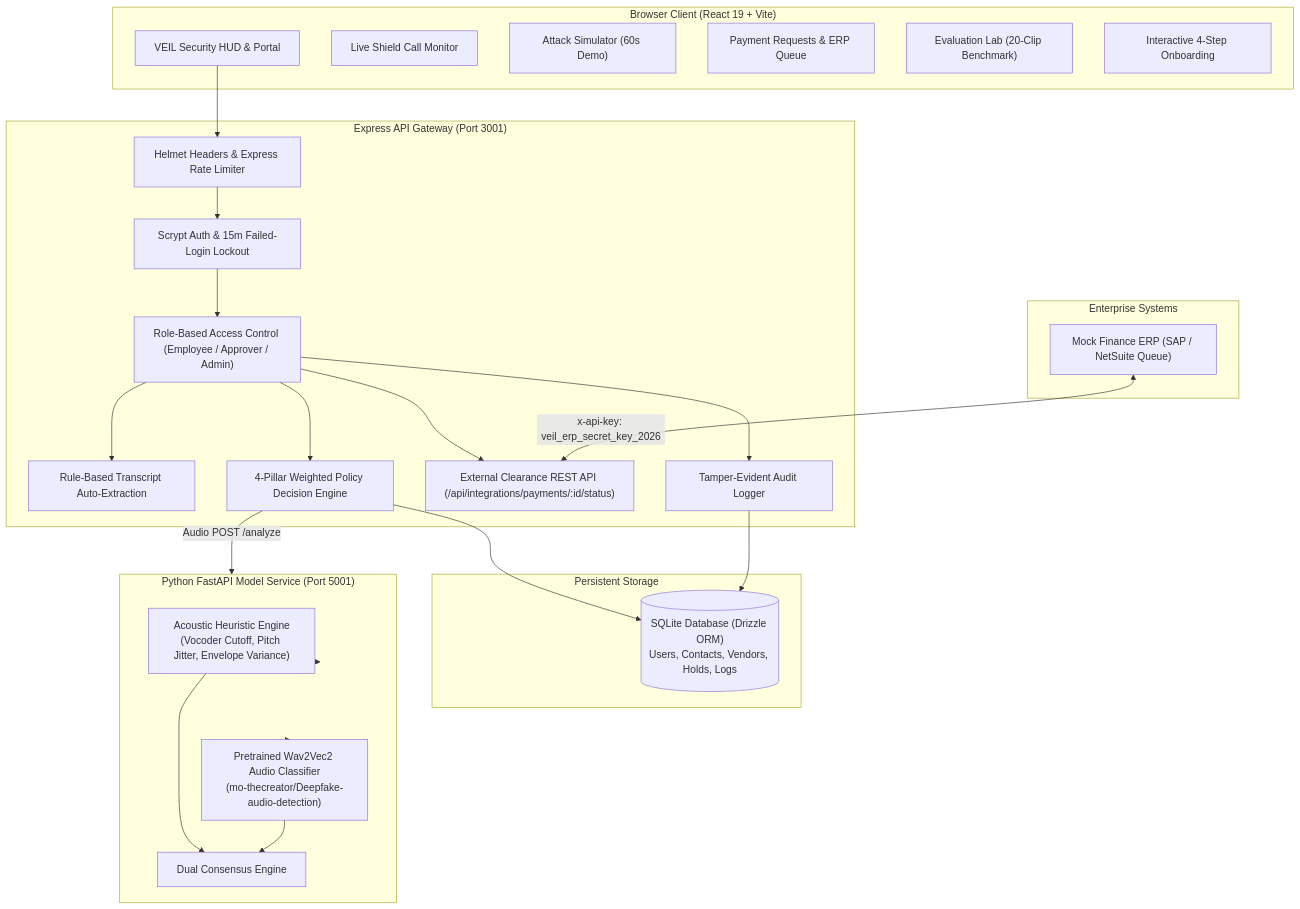
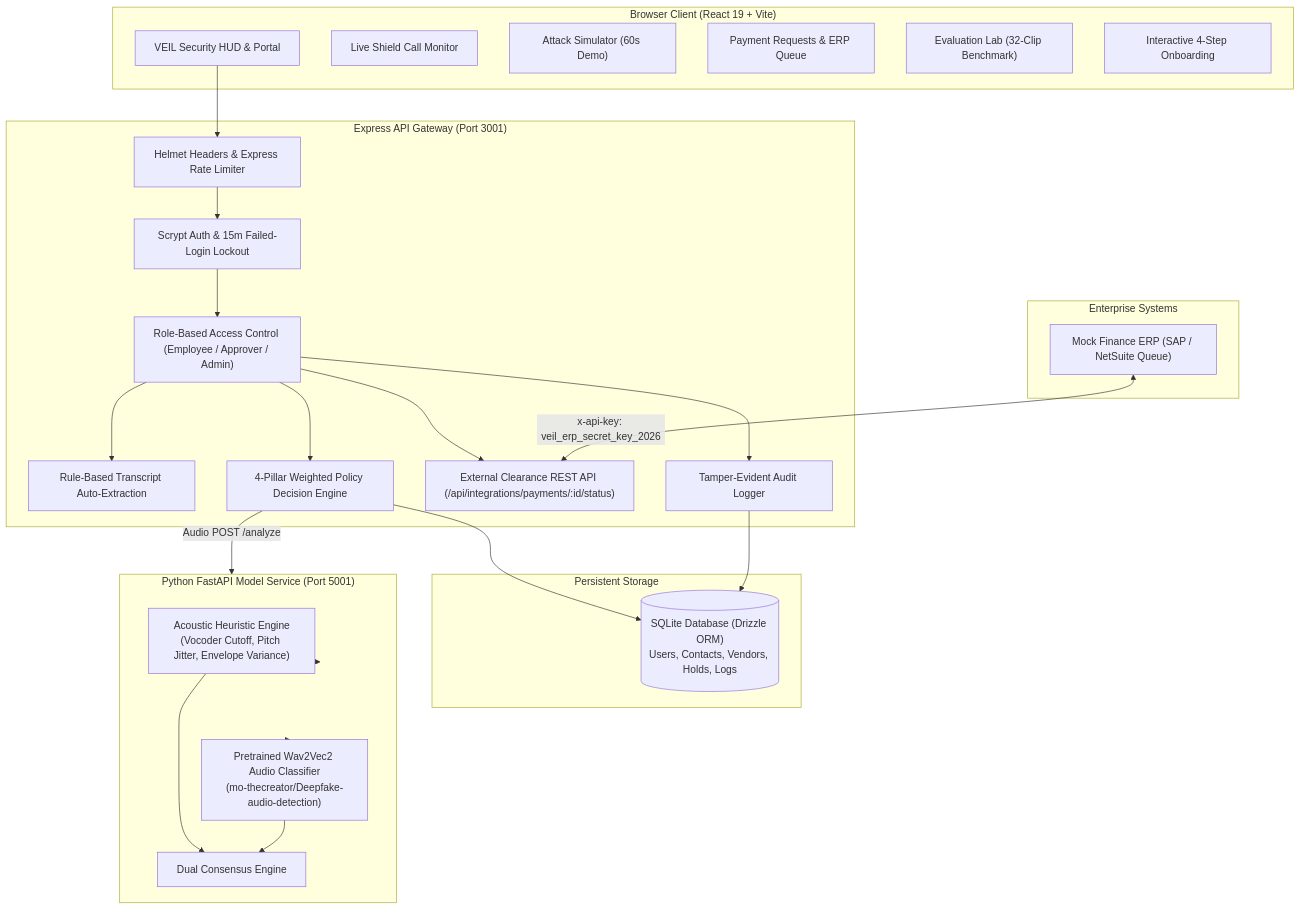
One commit to shreya30010/VEIL-Deepfake-Defense changed the diagram in README.md. Above: the diagram before and after it, drawn with Mermaid. The commit also changed other lines of this file and 17 other files, not shown here.

````diff
--- a/README.md
+++ b/README.md
@@ -37,44 +37,44 @@
 ```mermaid
 flowchart TD
     subgraph Client["Browser Client (React 19 + Vite)"]
         UI["VEIL Security HUD & Portal"]
         HUD["Live Shield Call Monitor"]
         SIM["Attack Simulator (60s Demo)"]
         PAY["Payment Requests & ERP Queue"]
-        LAB["Evaluation Lab (20-Clip Benchmark)"]
+        LAB["Evaluation Lab (32-Clip Benchmark)"]
         ONB["Interactive 4-Step Onboarding"]
     end
 
     subgraph Backend["Express API Gateway (Port 3001)"]
         SEC["Helmet Headers & Express Rate Limiter"]
         AUTH["Scrypt Auth & 15m Failed-Login Lockout"]
         RBAC["Role-Based Access Control (Employee / Approver / Admin)"]
         NLP["Rule-Based Transcript Auto-Extraction"]
         GATE["4-Pillar Weighted Policy Decision Engine"]
         ERP_API["External Clearance REST API (/api/integrations/payments/:id/status)"]
         AUDIT["Tamper-Evident Audit Logger"]
     end
 
     subgraph Storage["Persistent Storage"]
         DB[("SQLite Database (Drizzle ORM)\nUsers, Contacts, Vendors, Holds, Logs")]
     end
 
     subgraph ML["Python FastAPI Model Service (Port 5001)"]
         HEUR["Acoustic Heuristic Engine\n(Vocoder Cutoff, Pitch Jitter, Envelope Variance)"]
         HF["Pretrained Wav2Vec2 Audio Classifier\n(mo-thecreator/Deepfake-audio-detection)"]
         DUAL["Dual Consensus Engine"]
     end
 
     subgraph External["Enterprise Systems"]
         ERP["Mock Finance ERP (SAP / NetSuite Queue)"]
     end
 
     UI --> SEC
     SEC --> AUTH --> RBAC
     RBAC --> NLP & GATE & ERP_API & AUDIT
     GATE --> DB
     AUDIT --> DB
     GATE -->|Audio POST /analyze| ML
     ML --> HEUR & HF --> DUAL
     ERP <-->|x-api-key: veil_erp_secret_key_2026| ERP_API
 ```
````
